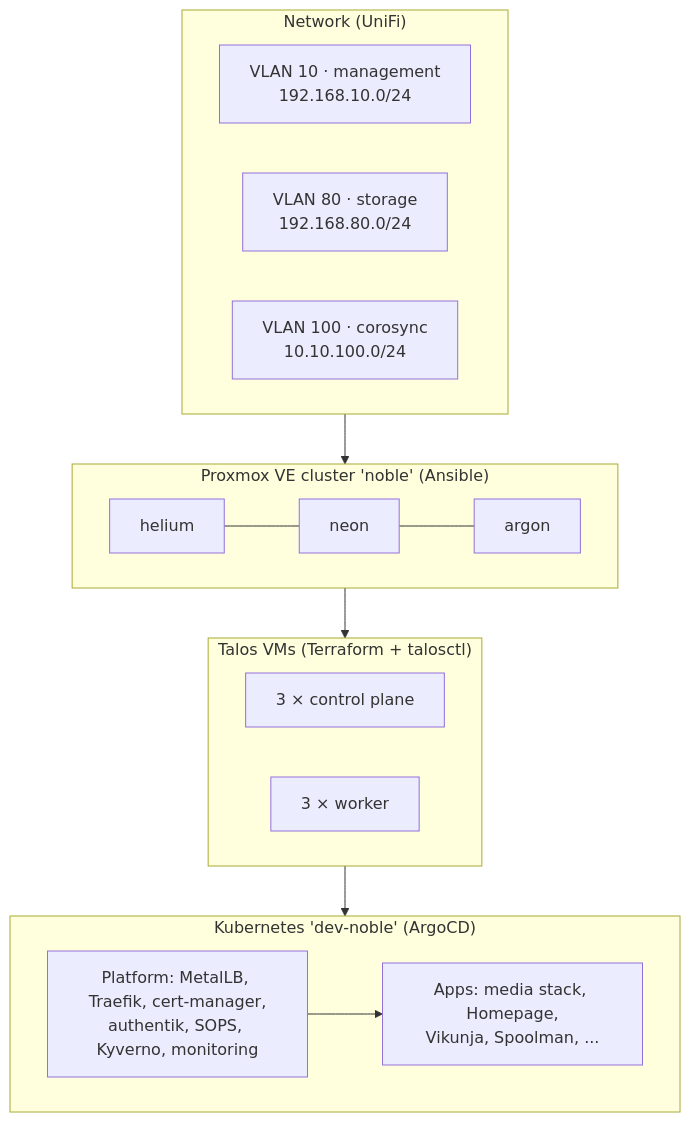
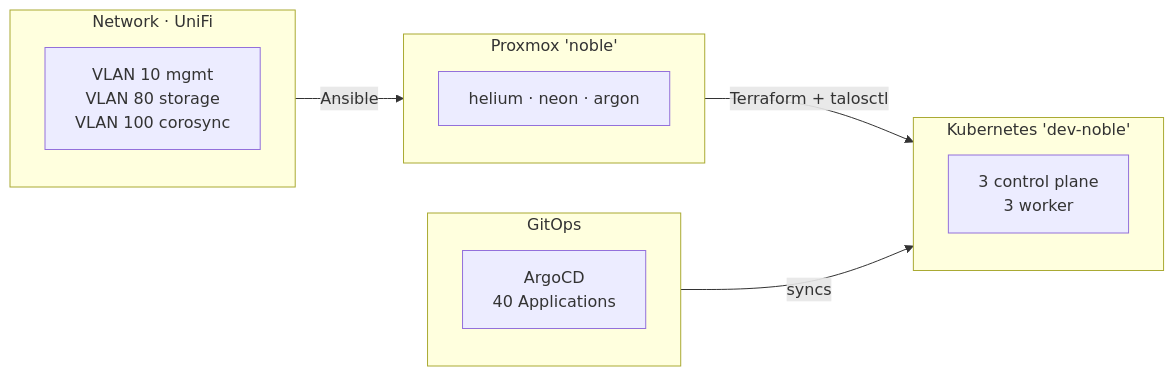
One commit to nikpcenicni/Nikflix changed the diagram in docs/index.md. Above: the diagram before and after it, drawn with Mermaid. The commit also changed other lines of this file and 34 other files, not shown here.

````diff
--- a/docs/index.md
+++ b/docs/index.md
@@ -17,21 +91,17 @@
 ```mermaid
-flowchart TB
-    subgraph net["Network (UniFi)"]
-        V10["VLAN 10 · management<br/>192.168.10.0/24"]
-        V80["VLAN 80 · storage<br/>192.168.80.0/24"]
-        V100["VLAN 100 · corosync<br/>10.10.100.0/24"]
+flowchart LR
+    subgraph net["Network · UniFi"]
+        V["VLAN 10 mgmt<br/>VLAN 80 storage<br/>VLAN 100 corosync"]
     end
-    subgraph pve["Proxmox VE cluster 'noble' (Ansible)"]
-        He[helium] --- Ne[neon] --- Ar[argon]
+    subgraph pve["Proxmox 'noble'"]
+        H["helium · neon · argon"]
     end
-    subgraph vms["Talos VMs (Terraform + talosctl)"]
-        CP["3 × control plane"]
-        W["3 × worker"]
+    subgraph k8s["Kubernetes 'dev-noble'"]
+        T["3 control plane<br/>3 worker"]
     end
-    subgraph k8s["Kubernetes 'dev-noble' (ArgoCD)"]
-        Plat["Platform: MetalLB, Traefik, cert-manager,<br/>authentik, SOPS, Kyverno, monitoring"]
-        Apps["Apps: media stack, Homepage,<br/>Vikunja, Spoolman, ..."]
+    subgraph git["GitOps"]
+        A["ArgoCD<br/>40 Applications"]
     end
-    net --> pve --> vms --> k8s
-    Plat --> Apps
+    net -->|Ansible| pve -->|Terraform + talosctl| k8s
+    git -->|syncs| k8s
 ```
````
